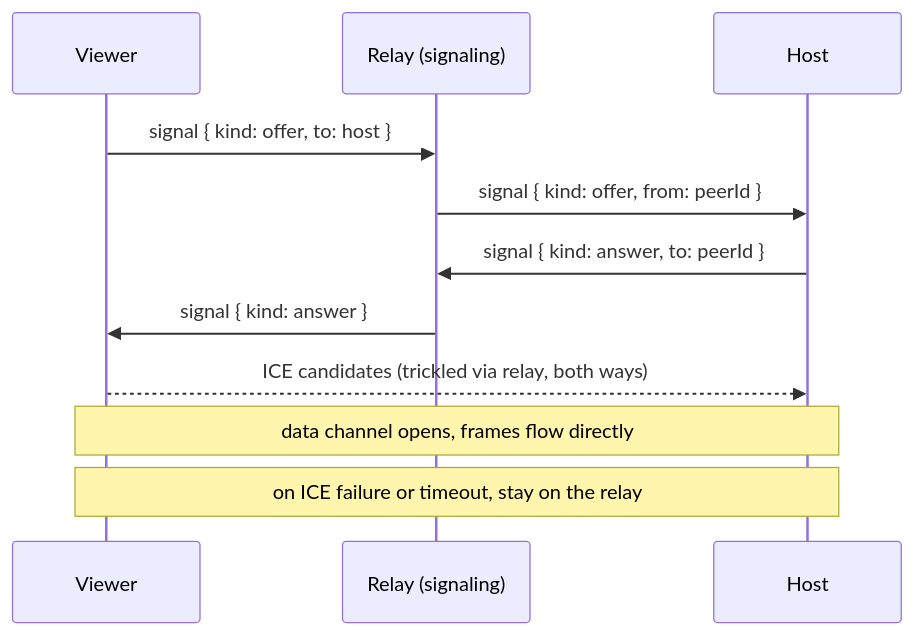
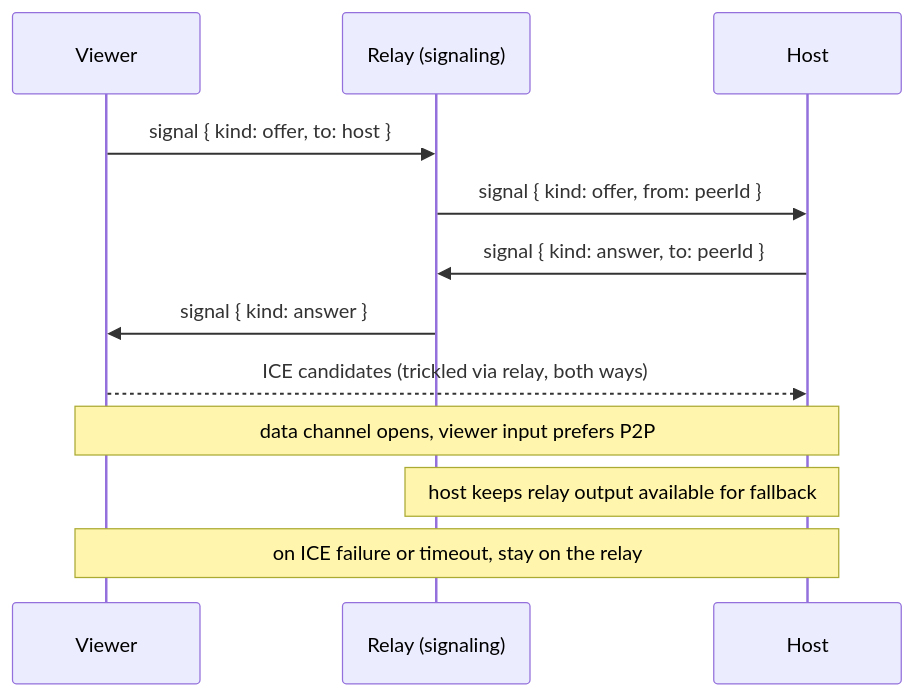
One commit to heycupola/wrapper changed the diagram in apps/docs/transports.mdx. Above: the diagram before and after it, drawn with Mermaid. The commit also changed other lines of this file and 19 other files, not shown here.

````diff
--- a/apps/docs/transports.mdx
+++ b/apps/docs/transports.mdx
@@ -26,13 +26,14 @@
 ```mermaid
 sequenceDiagram
   participant V as Viewer
   participant R as Relay (signaling)
   participant H as Host
   V->>R: signal { kind: offer, to: host }
   R->>H: signal { kind: offer, from: peerId }
   H->>R: signal { kind: answer, to: peerId }
   R->>V: signal { kind: answer }
   V-->>H: ICE candidates (trickled via relay, both ways)
-  Note over V,H: data channel opens, frames flow directly
+  Note over V,H: data channel opens, viewer input prefers P2P
+  Note over H,R: host keeps relay output available for fallback
   Note over V,H: on ICE failure or timeout, stay on the relay
 ```
````
